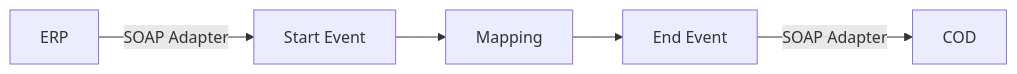
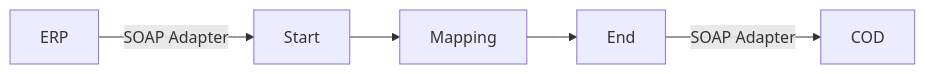
One commit to Avvale-IA-CICD/AvvaleCPI changed the diagram in MMZ - Cell Iflows/Check_Connectivity_from_SAP_Business_Suite_MMZ/1.0.3/readme.md. Above: the diagram before and after it, drawn with Mermaid. The commit also changed other lines of this file, not shown here.

````diff
--- a/MMZ - Cell Iflows/Check_Connectivity_from_SAP_Business_Suite_MMZ/1.0.3/readme.md
+++ b/MMZ - Cell Iflows/Check_Connectivity_from_SAP_Business_Suite_MMZ/1.0.3/readme.md
@@ -4,7 +4,7 @@
 ```mermaid
 graph LR
-    ERP[ERP] -->|SOAP Adapter| StartEvent
-    StartEvent[Start Event] --> Mapping
-    Mapping[Mapping] --> EndEvent
-    EndEvent[End Event] -->|SOAP Adapter| COD[COD]
+    ERP[ERP] -->|SOAP Adapter| Start
+    Start --> Mapping
+    Mapping --> End
+    End -->|SOAP Adapter| COD[COD]
 ```
````
